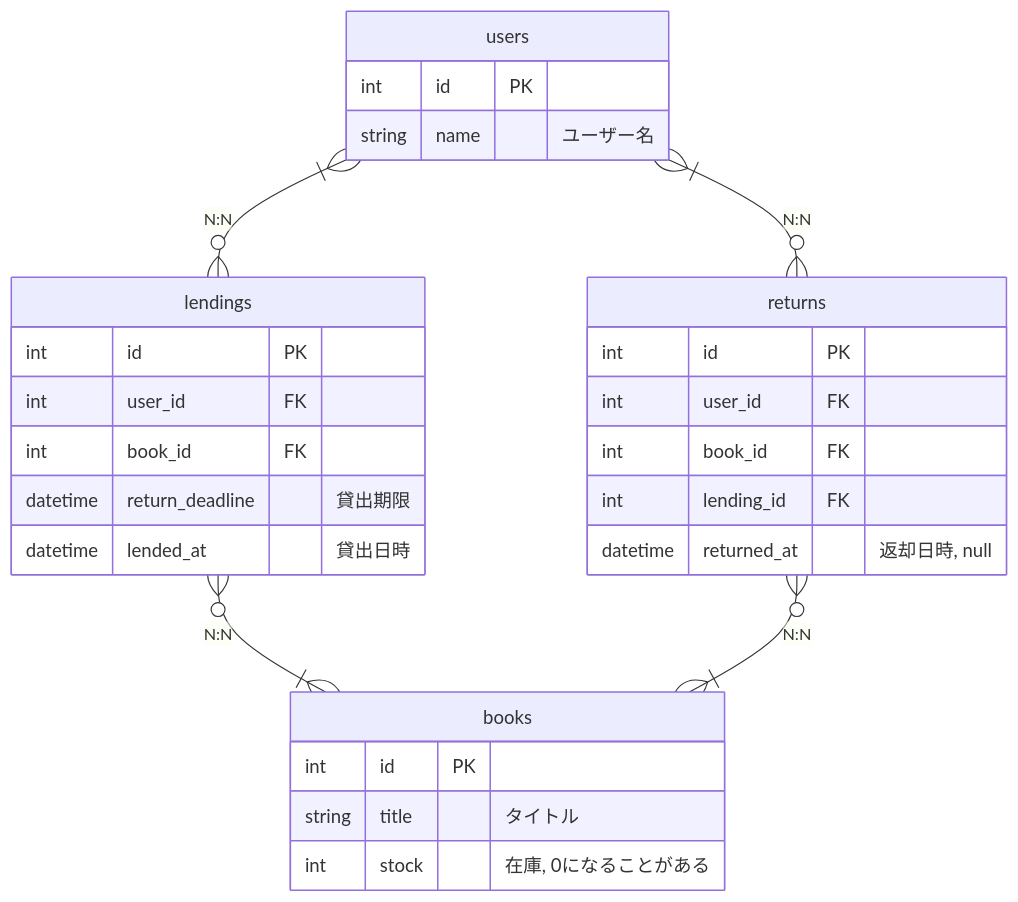
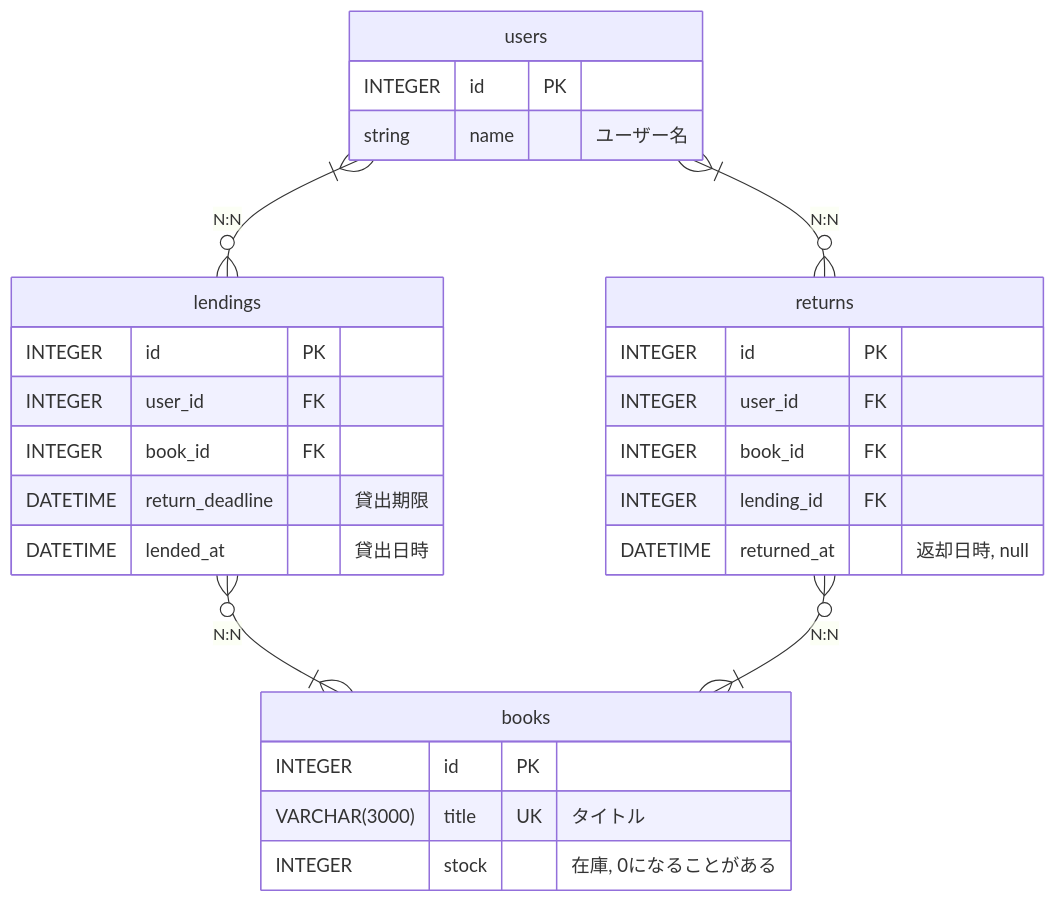
One commit to HitoroOhria/rdb-table-design-tutorial changed the second of 2 diagrams in 1_Library_book_lending_system.md. Above: the diagram before and after it, drawn with Mermaid. The commit also changed other lines of this file, not shown here.

````diff
--- a/1_Library_book_lending_system.md
+++ b/1_Library_book_lending_system.md
@@ -47,34 +47,34 @@
 ```mermaid
 erDiagram
     users }|--o{ lendings : "N:N"
     users }|--o{ returns : "N:N"
     lendings }o--|{ books : "N:N"
     returns }o--|{ books : "N:N"
     
     users {
-        int id PK
+        INTEGER id PK
         string name "ユーザー名"
     }
 
     books {
-        int id PK
-        string title "タイトル"
-        int stock "在庫, 0になることがある"
+        INTEGER id PK
+        VARCHAR(3000) title UK "タイトル"
+        INTEGER stock "在庫, 0になることがある"
     }
     
     lendings {
-        int id PK
-        int user_id FK
-        int book_id FK
-        datetime return_deadline "貸出期限"
-        datetime lended_at "貸出日時"
+        INTEGER id PK
+        INTEGER user_id FK
+        INTEGER book_id FK
+        DATETIME return_deadline "貸出期限"
+        DATETIME lended_at "貸出日時"
     }
     
     returns {
-        int id PK
-        int user_id FK
-        int book_id FK
-        int lending_id FK
-        datetime returned_at "返却日時, null"
+        INTEGER id PK
+        INTEGER user_id FK
+        INTEGER book_id FK
+        INTEGER lending_id FK
+        DATETIME returned_at "返却日時, null"
     }
 ```
````
